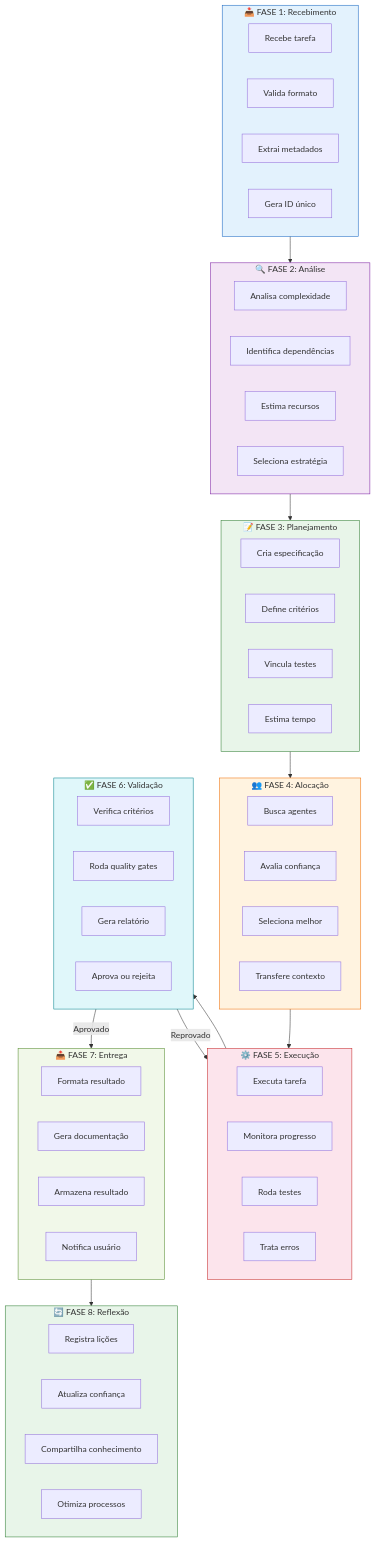
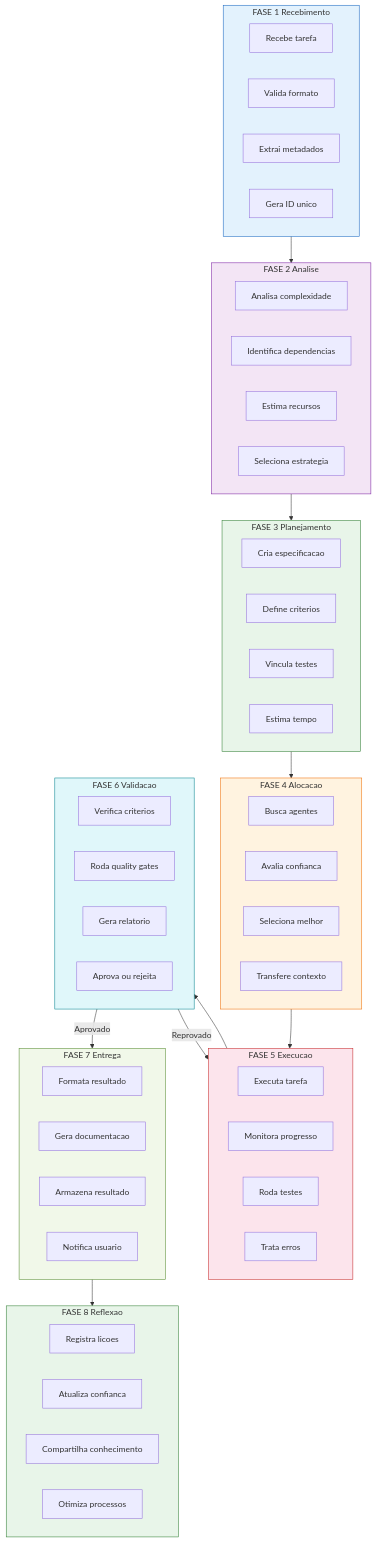
Before and after one commit to MarceloClaro/opencode-ecosystem-core: the seventh of 22 diagrams in README.md, drawn with Mermaid. The commit also changed other lines of this file, not shown here.

````diff
--- a/README.md
+++ b/README.md
@@ -553,76 +494,76 @@
 ```mermaid
 flowchart TD
-    subgraph FASE1 ["📥 FASE 1: Recebimento"]
+    subgraph F1 ["FASE 1 Recebimento"]
         R1["Recebe tarefa"]
         R2["Valida formato"]
         R3["Extrai metadados"]
-        R4["Gera ID único"]
+        R4["Gera ID unico"]
     end
 
-    subgraph FASE2 ["🔍 FASE 2: Análise"]
+    subgraph F2 ["FASE 2 Analise"]
         A1["Analisa complexidade"]
-        A2["Identifica dependências"]
+        A2["Identifica dependencias"]
         A3["Estima recursos"]
-        A4["Seleciona estratégia"]
+        A4["Seleciona estrategia"]
     end
 
-    subgraph FASE3 ["📝 FASE 3: Planejamento"]
-        P1["Cria especificação"]
-        P2["Define critérios"]
+    subgraph F3 ["FASE 3 Planejamento"]
+        P1["Cria especificacao"]
+        P2["Define criterios"]
         P3["Vincula testes"]
         P4["Estima tempo"]
     end
 
-    subgraph FASE4 ["👥 FASE 4: Alocação"]
+    subgraph F4 ["FASE 4 Alocacao"]
         AL1["Busca agentes"]
-        AL2["Avalia confiança"]
+        AL2["Avalia confianca"]
         AL3["Seleciona melhor"]
         AL4["Transfere contexto"]
     end
 
-    subgraph FASE5 ["⚙️ FASE 5: Execução"]
+    subgraph F5 ["FASE 5 Execucao"]
         E1["Executa tarefa"]
         E2["Monitora progresso"]
         E3["Roda testes"]
         E4["Trata erros"]
     end
 
-    subgraph FASE6 ["✅ FASE 6: Validação"]
-        V1["Verifica critérios"]
+    subgraph F6 ["FASE 6 Validacao"]
+        V1["Verifica criterios"]
         V2["Roda quality gates"]
-        V3["Gera relatório"]
+        V3["Gera relatorio"]
         V4["Aprova ou rejeita"]
     end
 
-    subgraph FASE7 ["📤 FASE 7: Entrega"]
+    subgraph F7 ["FASE 7 Entrega"]
         D1["Formata resultado"]
-        D2["Gera documentação"]
+        D2["Gera documentacao"]
         D3["Armazena resultado"]
-        D4["Notifica usuário"]
+        D4["Notifica usuario"]
     end
 
-    subgraph FASE8 ["🔄 FASE 8: Reflexão"]
-        RE1["Registra lições"]
-        RE2["Atualiza confiança"]
+    subgraph F8 ["FASE 8 Reflexao"]
+        RE1["Registra licoes"]
+        RE2["Atualiza confianca"]
         RE3["Compartilha conhecimento"]
         RE4["Otimiza processos"]
     end
 
-    FASE1 --> FASE2
-    FASE2 --> FASE3
-    FASE3 --> FASE4
-    FASE4 --> FASE5
-    FASE5 --> FASE6
-    FASE6 -->|"Aprovado"| FASE7
-    FASE6 -->|"Reprovado"| FASE5
-    FASE7 --> FASE8
+    F1 --> F2
+    F2 --> F3
+    F3 --> F4
+    F4 --> F5
+    F5 --> F6
+    F6 -->|"Aprovado"| F7
+    F6 -->|"Reprovado"| F5
+    F7 --> F8
 
-    style FASE1 fill:#e3f2fd,stroke:#1565c0
-    style FASE2 fill:#f3e5f5,stroke:#7b1fa2
-    style FASE3 fill:#e8f5e9,stroke:#2e7d32
-    style FASE4 fill:#fff3e0,stroke:#ef6c00
-    style FASE5 fill:#fce4ec,stroke:#c62828
-    style FASE6 fill:#e0f7fa,stroke:#00838f
-    style FASE7 fill:#f1f8e9,stroke:#558b2f
-    style FASE8 fill:#e8f5e9,stroke:#2e7d32
+    style F1 fill:#e3f2fd,stroke:#1565c0
+    style F2 fill:#f3e5f5,stroke:#7b1fa2
+    style F3 fill:#e8f5e9,stroke:#2e7d32
+    style F4 fill:#fff3e0,stroke:#ef6c00
+    style F5 fill:#fce4ec,stroke:#c62828
+    style F6 fill:#e0f7fa,stroke:#00838f
+    style F7 fill:#f1f8e9,stroke:#558b2f
+    style F8 fill:#e8f5e9,stroke:#2e7d32
 ```
````
